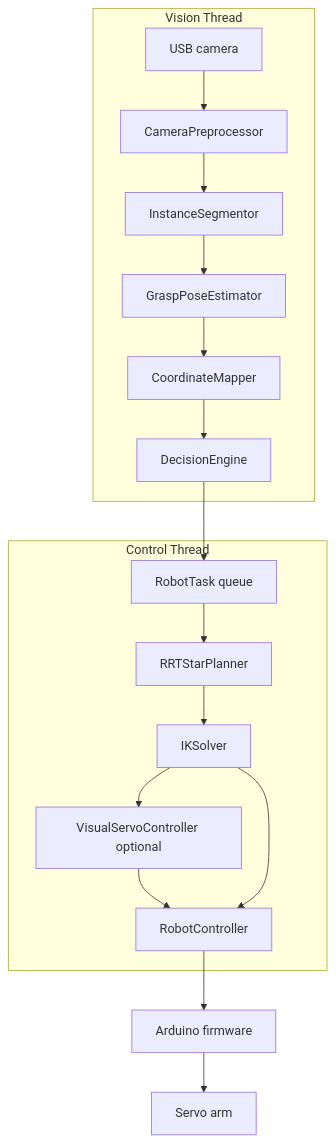
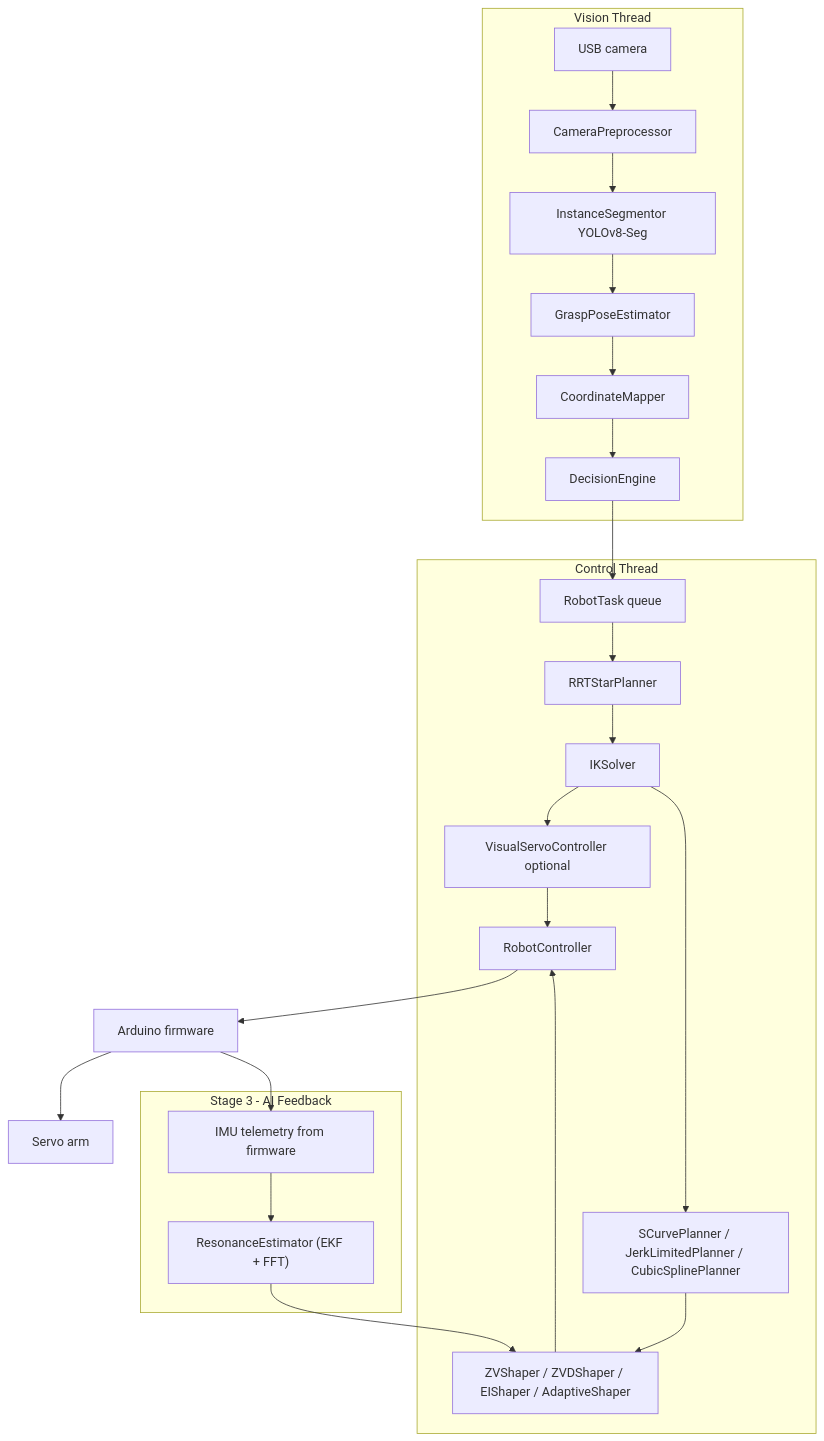
One commit to Punk1107/ai-vision-robotic-arm changed the diagram in docs/architecture.md. Above: the diagram before and after it, drawn with Mermaid. The commit also changed other lines of this file and 3 other files, not shown here.

````diff
--- a/docs/architecture.md
+++ b/docs/architecture.md
@@ -9,33 +10,45 @@
 ```mermaid
 graph TD
     subgraph Vision Thread
         Camera[USB camera]
         Preprocess[CameraPreprocessor]
-        Segment[InstanceSegmentor]
+        Segment[InstanceSegmentor YOLOv8-Seg]
         Pose[GraspPoseEstimator]
         Mapper[CoordinateMapper]
         Decision[DecisionEngine]
     end
 
     subgraph Control Thread
         Queue[RobotTask queue]
-        Planner[RRTStarPlanner]
+        RRT[RRTStarPlanner]
         IK[IKSolver]
         Servo[VisualServoController optional]
+        TrajPlanner["SCurvePlanner / JerkLimitedPlanner / CubicSplinePlanner"]
+        Shaper["ZVShaper / ZVDShaper / EIShaper / AdaptiveShaper"]
         Controller[RobotController]
+    end
+
+    subgraph Stage 3 - AI Feedback
+        IMU[IMU telemetry from firmware]
+        Estimator["ResonanceEstimator (EKF + FFT)"]
     end
 
     Camera --> Preprocess
     Preprocess --> Segment
     Segment --> Pose
     Pose --> Mapper
     Mapper --> Decision
     Decision --> Queue
-    Queue --> Planner
-    Planner --> IK
+    Queue --> RRT
+    RRT --> IK
     IK --> Servo
+    IK --> TrajPlanner
     Servo --> Controller
-    IK --> Controller
+    TrajPlanner --> Shaper
+    Shaper --> Controller
     Controller --> Firmware[Arduino firmware]
     Firmware --> Arm[Servo arm]
+    Firmware --> IMU
+    IMU --> Estimator
+    Estimator --> Shaper
 ```
````
